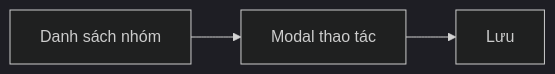
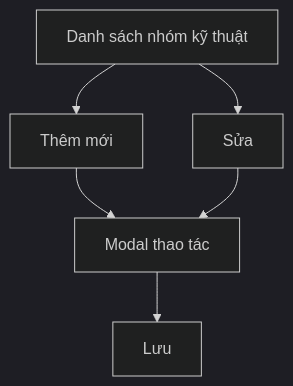
Before and after one commit to ldphu410/Analyze: the first of 2 diagrams in Result/modules/quan-ly-nhom-ky-thuat.md, drawn with Mermaid (dark theme). The commit also changed other lines of this file and 8 other files, not shown here.

Commit message:
chore: Update module diagram

````diff
--- a/Result/modules/quan-ly-nhom-ky-thuat.md
+++ b/Result/modules/quan-ly-nhom-ky-thuat.md
@@ -61,5 +61,8 @@
 ```mermaid
-flowchart LR
-  List[Danh sách nhóm] --> Modal[Modal thao tác]
+flowchart TD
+  List[Danh sách nhóm kỹ thuật] --> Add[Thêm mới]
+  List --> Edit[Sửa]
+  Add --> Modal[Modal thao tác]
+  Edit --> Modal
   Modal --> Save[Lưu]
 ```
````
